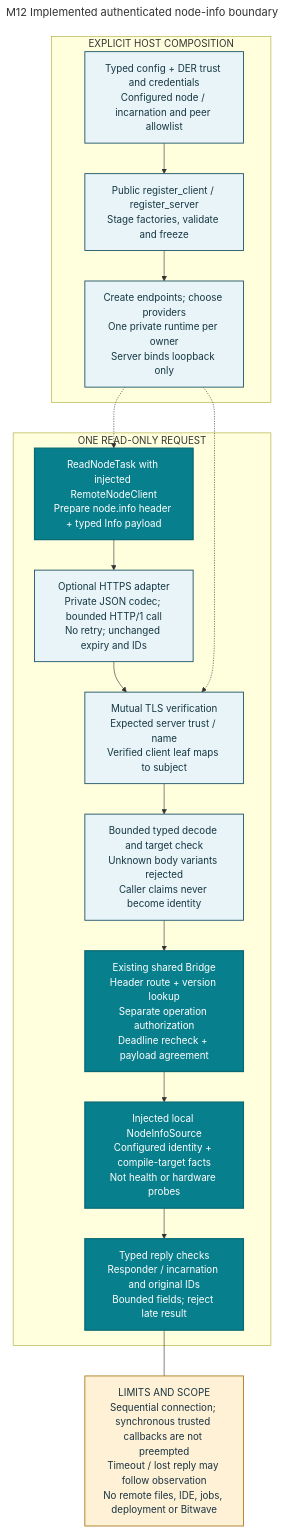
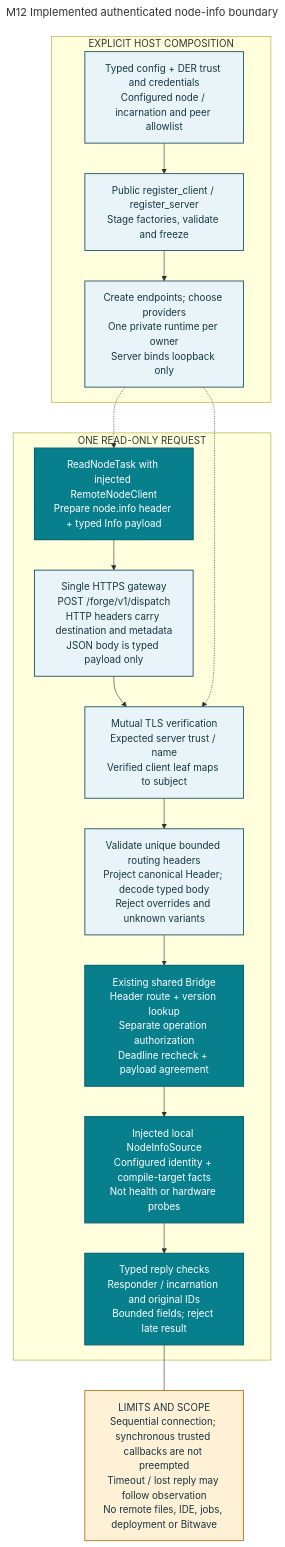
The diagram in docs/architecture/diagrams/mermaid/m12-remote-node-info.mmd (roachmaster/homelab), drawn with Mermaid before and after one commit. The commit also changed 10 other files, not shown here.

Commit message:
Route remote requests through one header-directed HTTP gateway

```diff
--- a/docs/architecture/diagrams/mermaid/m12-remote-node-info.mmd
+++ b/docs/architecture/diagrams/mermaid/m12-remote-node-info.mmd
@@ -1,30 +1,30 @@
 ---
 title: M12 Implemented authenticated node-info boundary
 ---
 flowchart TB
     subgraph APP["EXPLICIT HOST COMPOSITION"]
         C["Typed config + DER trust and credentials<br/>Configured node / incarnation and peer allowlist"]
         R["Public register_client / register_server<br/>Stage factories, validate and freeze"]
         F["Create endpoints; choose providers<br/>One private runtime per owner<br/>Server binds loopback only"]
         C --> R --> F
     end
     subgraph CALL["ONE READ-ONLY REQUEST"]
         T["ReadNodeTask with injected RemoteNodeClient<br/>Prepare node.info header + typed Info payload"]
-        H["Optional HTTPS adapter<br/>Private JSON codec; bounded HTTP/1 call<br/>No retry; unchanged expiry and IDs"]
+        H["Single HTTPS gateway<br/>POST /forge/v1/dispatch<br/>HTTP headers carry destination and metadata<br/>JSON body is typed payload only"]
         TLS["Mutual TLS verification<br/>Expected server trust / name<br/>Verified client leaf maps to subject"]
-        D["Bounded typed decode and target check<br/>Unknown body variants rejected<br/>Caller claims never become identity"]
+        D["Validate unique bounded routing headers<br/>Project canonical Header; decode typed body<br/>Reject overrides and unknown variants"]
         B["Existing shared Bridge<br/>Header route + version lookup<br/>Separate operation authorization<br/>Deadline recheck + payload agreement"]
         N["Injected local NodeInfoSource<br/>Configured identity + compile-target facts<br/>Not health or hardware probes"]
         O["Typed reply checks<br/>Responder / incarnation and original IDs<br/>Bounded fields; reject late result"]
         T --> H --> TLS --> D --> B --> N --> O
     end
     F -.-> T
     F -.-> TLS
     L["LIMITS AND SCOPE<br/>Sequential connection; synchronous trusted callbacks are not preempted<br/>Timeout / lost reply may follow observation<br/>No remote files, IDE, jobs, deployment or Bitwave"]
     O --- L
     classDef contract fill:#087f8c,color:#ffffff,stroke:#086975,stroke-width:2px;
     classDef adapter fill:#e8f4f7,color:#163744,stroke:#24576b,stroke-width:1.5px;
     classDef scope fill:#fff1d6,color:#183342,stroke:#ae7b26,stroke-width:1.5px;
     class T,B,N,O contract;
     class C,R,F,H,TLS,D adapter;
     class L scope;
```
